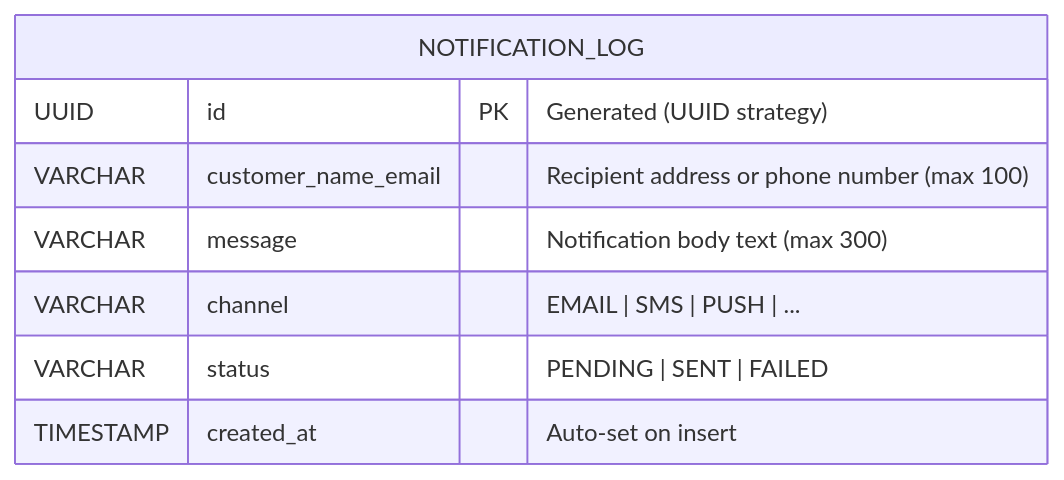
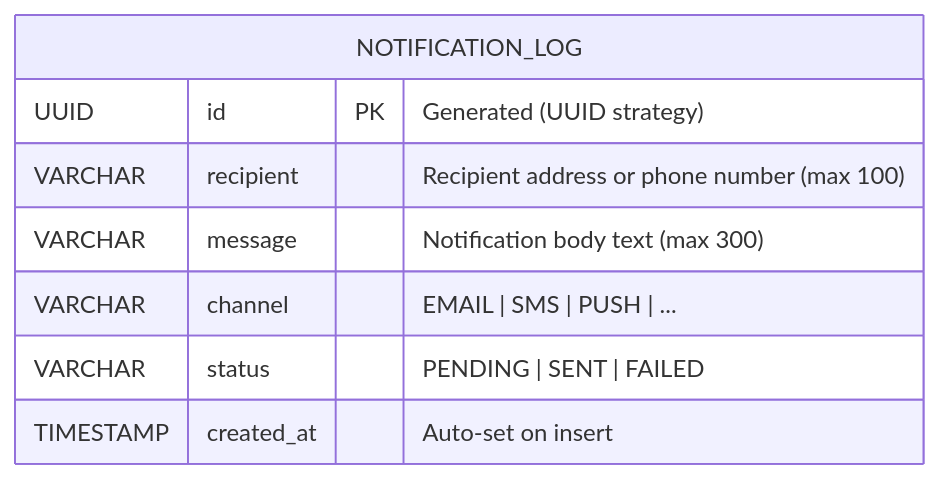
Before and after one commit to pmfml/multi-channel-notification-engine: the fourth of 4 diagrams in ARCHITECTURE.md, drawn with Mermaid. The commit also changed other lines of this file and 1 other file, not shown here.

Commit message:
docs: update architecture and readme to reflect flyway and dlq changes

````diff
--- a/ARCHITECTURE.md
+++ b/ARCHITECTURE.md
@@ -183,11 +183,11 @@
 ```mermaid
 erDiagram
     NOTIFICATION_LOG {
         UUID id PK "Generated (UUID strategy)"
-        VARCHAR customer_name_email "Recipient address or phone number (max 100)"
+        VARCHAR recipient "Recipient address or phone number (max 100)"
         VARCHAR message "Notification body text (max 300)"
         VARCHAR channel "EMAIL | SMS | PUSH | ..."
         VARCHAR status "PENDING | SENT | FAILED"
         TIMESTAMP created_at "Auto-set on insert"
     }
 ```
````
